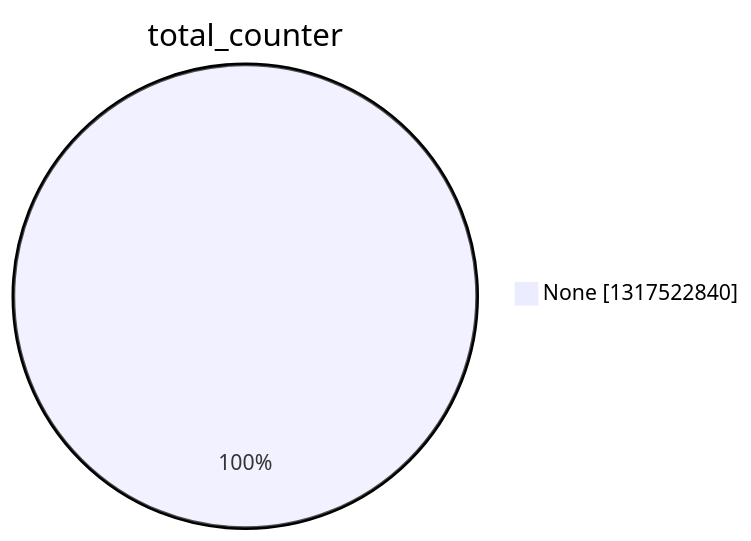
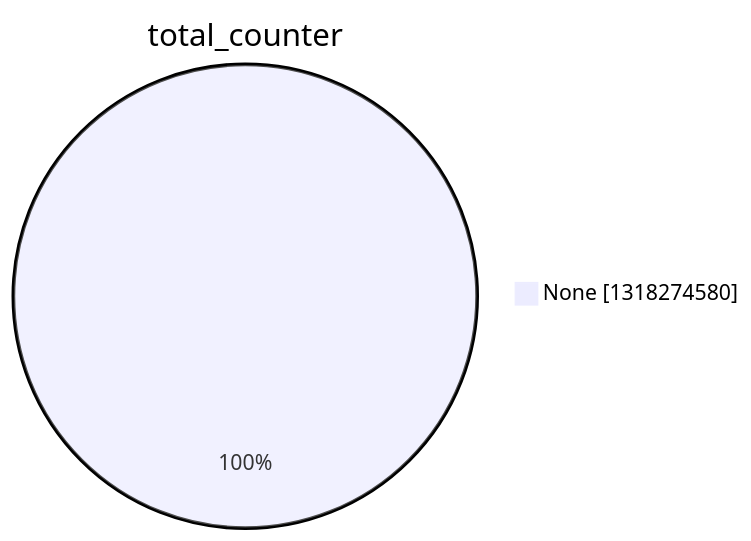
The second of 15 diagrams in argon2022/README.md (christiankrug/ctmonitor_visualization), drawn with Mermaid before and after one commit. The commit also changed other lines of this file, not shown here.

````diff
--- a/argon2022/README.md
+++ b/argon2022/README.md
@@ -9,5 +9,5 @@
 ```mermaid
 pie showData
 title total_counter
-"None" :1317522840
+"None" :1318274580
 ```
````
